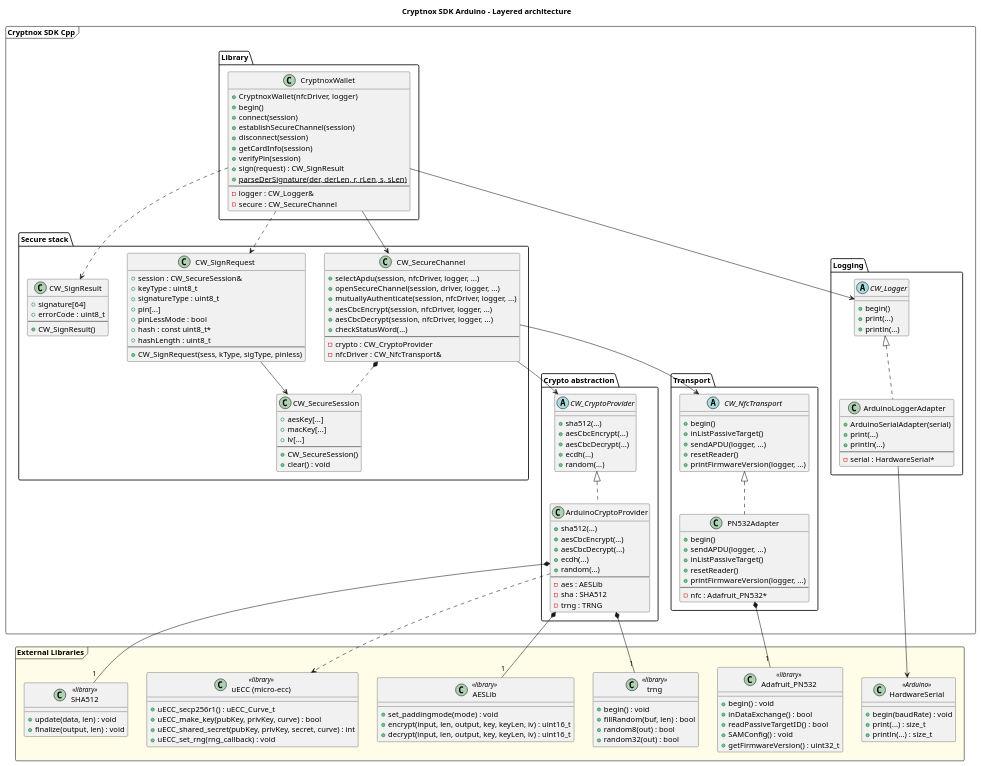
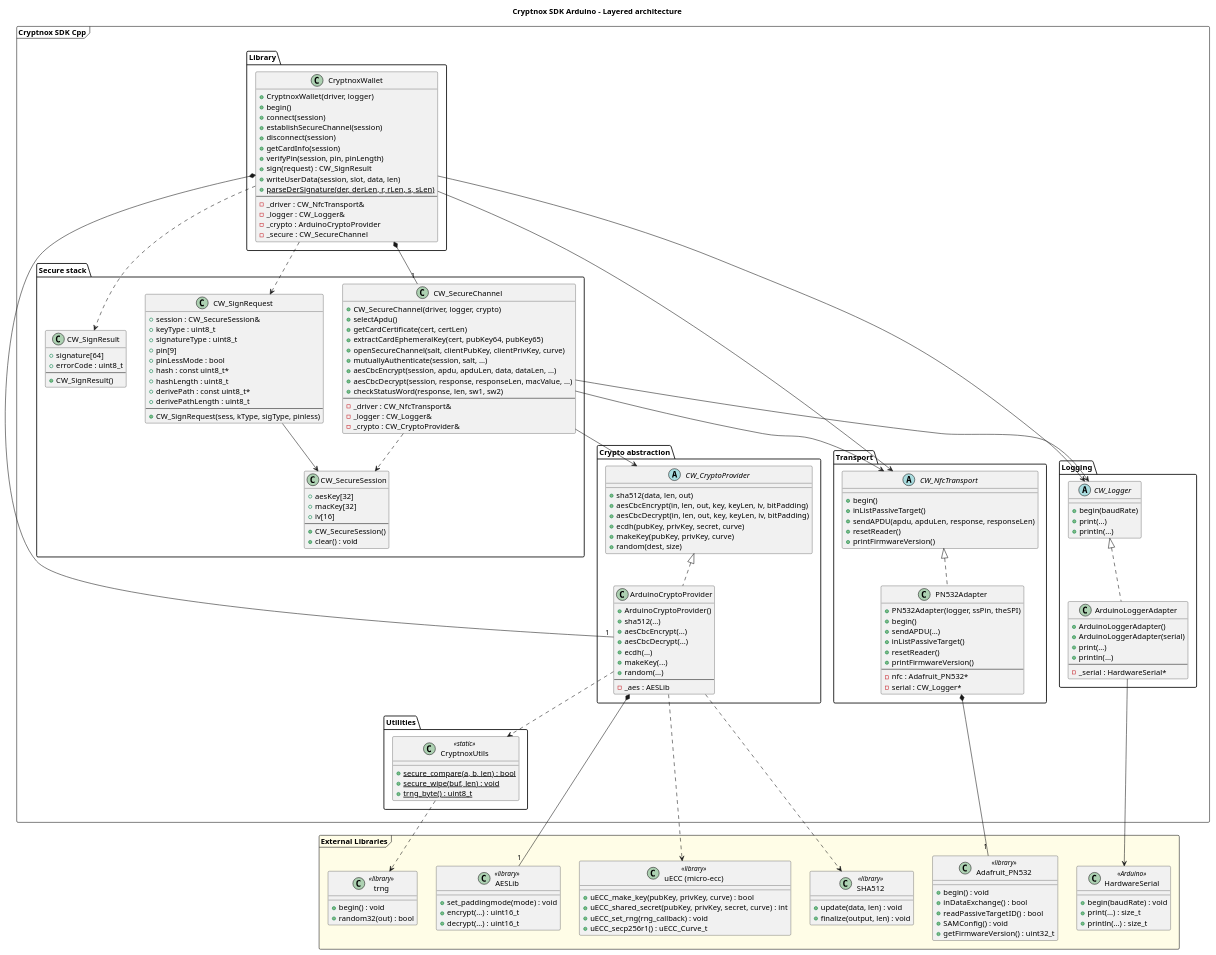
One commit to embarquech/sdk-arduino changed the diagram in docs/architecture/overview.puml. Above: the diagram before and after it, drawn with PlantUML. The commit also changed 23 other files, not shown here.

First line of the commit message:
Refactor SDK to layered architecture with CW_ prefix naming

```diff
--- a/docs/architecture/overview.puml
+++ b/docs/architecture/overview.puml
@@ -2,40 +2,48 @@
 title Cryptnox SDK Arduino - Layered architecture
 
 package "Cryptnox SDK Cpp" <<Frame>> {
+
 package "Library" {
     class CryptnoxWallet {
-        + CryptnoxWallet(nfcDriver, logger)
+        + CryptnoxWallet(driver, logger)
         + begin()
         + connect(session)
         + establishSecureChannel(session)
         + disconnect(session)
         + getCardInfo(session)
-        + verifyPin(session)
+        + verifyPin(session, pin, pinLength)
         + sign(request) : CW_SignResult
+        + writeUserData(session, slot, data, len)
         + {static} parseDerSignature(der, derLen, r, rLen, s, sLen)
         --
-        - logger : CW_Logger&
-        - secure : CW_SecureChannel
+        - _driver : CW_NfcTransport&
+        - _logger : CW_Logger&
+        - _crypto : ArduinoCryptoProvider
+        - _secure : CW_SecureChannel
     }
 }
 
 package "Secure stack" {
     class CW_SecureChannel {
-        + selectApdu(session, nfcDriver, logger, ...)
-        + openSecureChannel(session, driver, logger, ...)
-        + mutuallyAuthenticate(session, nfcDriver, logger, ...)
-        + aesCbcEncrypt(session, nfcDriver, logger, ...)
-        + aesCbcDecrypt(session, nfcDriver, logger, ...)
-        + checkStatusWord(...)
+        + CW_SecureChannel(driver, logger, crypto)
+        + selectApdu()
+        + getCardCertificate(cert, certLen)
+        + extractCardEphemeralKey(cert, pubKey64, pubKey65)
+        + openSecureChannel(salt, clientPubKey, clientPrivKey, curve)
+        + mutuallyAuthenticate(session, salt, ...)
+        + aesCbcEncrypt(session, apdu, apduLen, data, dataLen, ...)
+        + aesCbcDecrypt(session, response, responseLen, macValue, ...)
+        + checkStatusWord(response, len, sw1, sw2)
         --
-        - crypto : CW_CryptoProvider
-        - nfcDriver : CW_NfcTransport&
+        - _driver : CW_NfcTransport&
+        - _logger : CW_Logger&
+        - _crypto : CW_CryptoProvider&
     }
 
     class CW_SecureSession {
-        + aesKey[...]
-        + macKey[...]
-        + iv[...]
+        + aesKey[32]
+        + macKey[32]
+        + iv[16]
         --
         + CW_SecureSession()
         + clear() : void
@@ -45,10 +53,12 @@
         + session : CW_SecureSession&
         + keyType : uint8_t
         + signatureType : uint8_t
-        + pin[...]
+        + pin[9]
         + pinLessMode : bool
         + hash : const uint8_t*
         + hashLength : uint8_t
+        + derivePath : const uint8_t*
+        + derivePathLength : uint8_t
         --
         + CW_SignRequest(sess, kType, sigType, pinless)
     }
@@ -63,23 +73,24 @@
 
 package "Crypto abstraction" {
     abstract class CW_CryptoProvider {
+        + sha512(data, len, out)
+        + aesCbcEncrypt(in, len, out, key, keyLen, iv, bitPadding)
+        + aesCbcDecrypt(in, len, out, key, keyLen, iv, bitPadding)
+        + ecdh(pubKey, privKey, secret, curve)
+        + makeKey(pubKey, privKey, curve)
+        + random(dest, size)
+    }
+
+    class ArduinoCryptoProvider {
+        + ArduinoCryptoProvider()
         + sha512(...)
         + aesCbcEncrypt(...)
         + aesCbcDecrypt(...)
         + ecdh(...)
-        + random(...)
-    }
-
-    class ArduinoCryptoProvider {
-        + sha512(...)
-        + aesCbcEncrypt(...)
-        + aesCbcDecrypt(...)
-        + ecdh(...)
+        + makeKey(...)
         + random(...)
         --
-        - aes : AESLib
-        - sha : SHA512
-        - trng : TRNG
+        - _aes : AESLib
     }
 }
 
@@ -87,41 +98,53 @@
     abstract class CW_NfcTransport {
         + begin()
         + inListPassiveTarget()
-        + sendAPDU(logger, ...)
+        + sendAPDU(apdu, apduLen, response, responseLen)
         + resetReader()
-        + printFirmwareVersion(logger, ...)
+        + printFirmwareVersion()
     }
 
     class PN532Adapter {
+        + PN532Adapter(logger, ssPin, theSPI)
         + begin()
-        + sendAPDU(logger, ...)
+        + sendAPDU(...)
         + inListPassiveTarget()
         + resetReader()
-        + printFirmwareVersion(logger, ...)
+        + printFirmwareVersion()
         --
         - nfc : Adafruit_PN532*
+        - serial : CW_Logger*
     }
 }
 
 package "Logging" {
     abstract class CW_Logger {
-        + begin()
+        + begin(baudRate)
         + print(...)
         + println(...)
     }
 
     class ArduinoLoggerAdapter {
-        + ArduinoSerialAdapter(serial)
+        + ArduinoLoggerAdapter()
+        + ArduinoLoggerAdapter(serial)
         + print(...)
         + println(...)
         --
-        - serial : HardwareSerial*
+        - _serial : HardwareSerial*
     }
 }
+
+package "Utilities" {
+    class CryptnoxUtils <<static>> {
+        + {static} secure_compare(a, b, len) : bool
+        + {static} secure_wipe(buf, len) : void
+        + {static} trng_byte() : uint8_t
+    }
+}
+
 }
 
 package "External Libraries" <<Frame>> #FFFDE7 {
-    
+
     class Adafruit_PN532 <<library>> {
         + begin() : void
         + inDataExchange() : bool
@@ -129,18 +152,18 @@
         + SAMConfig() : void
         + getFirmwareVersion() : uint32_t
     }
-    
+
     class AESLib <<library>> {
         + set_paddingmode(mode) : void
-        + encrypt(input, len, output, key, keyLen, iv) : uint16_t
-        + decrypt(input, len, output, key, keyLen, iv) : uint16_t
+        + encrypt(...) : uint16_t
+        + decrypt(...) : uint16_t
     }
-    
+
     class "uECC (micro-ecc)" as uECC <<library>> {
-        + uECC_secp256r1() : uECC_Curve_t
         + uECC_make_key(pubKey, privKey, curve) : bool
         + uECC_shared_secret(pubKey, privKey, secret, curve) : int
         + uECC_set_rng(rng_callback) : void
+        + uECC_secp256r1() : uECC_Curve_t
     }
 
     class SHA512 <<library>> {
@@ -150,8 +173,6 @@
 
     class "trng" as TRNGLib <<library>> {
         + begin() : void
-        + fillRandom(buf, len) : bool
-        + random8(out) : bool
         + random32(out) : bool
     }
 
@@ -163,29 +184,35 @@
 }
 
 ' ==============================
-' Relations principales
+' Relations
 ' ==============================
 
-CryptnoxWallet --> CW_SecureChannel
+CryptnoxWallet --> CW_NfcTransport
 CryptnoxWallet --> CW_Logger
+CryptnoxWallet *-- "1" ArduinoCryptoProvider
+CryptnoxWallet *-- "1" CW_SecureChannel
 CryptnoxWallet ..> CW_SignRequest
 CryptnoxWallet ..> CW_SignResult
-CW_SecureChannel *.. CW_SecureSession
+
+CW_SecureChannel --> CW_NfcTransport
+CW_SecureChannel --> CW_Logger
 CW_SecureChannel --> CW_CryptoProvider
-CW_SecureChannel --> CW_NfcTransport
+CW_SecureChannel ..> CW_SecureSession
+
 CW_SignRequest --> CW_SecureSession
 
 CW_CryptoProvider <|.. ArduinoCryptoProvider
 CW_NfcTransport <|.. PN532Adapter
 CW_Logger <|.. ArduinoLoggerAdapter
 
-
 ArduinoLoggerAdapter --> HardwareSerial
+PN532Adapter *-- "1" Adafruit_PN532
 
 ArduinoCryptoProvider *-- "1" AESLib
 ArduinoCryptoProvider ..> uECC
-ArduinoCryptoProvider *-- "1" SHA512
-ArduinoCryptoProvider *-- "1" TRNGLib
-PN532Adapter *-- "1" Adafruit_PN532
+ArduinoCryptoProvider ..> SHA512
+ArduinoCryptoProvider ..> CryptnoxUtils
+
+CryptnoxUtils ..> TRNGLib
 
 @enduml
```
